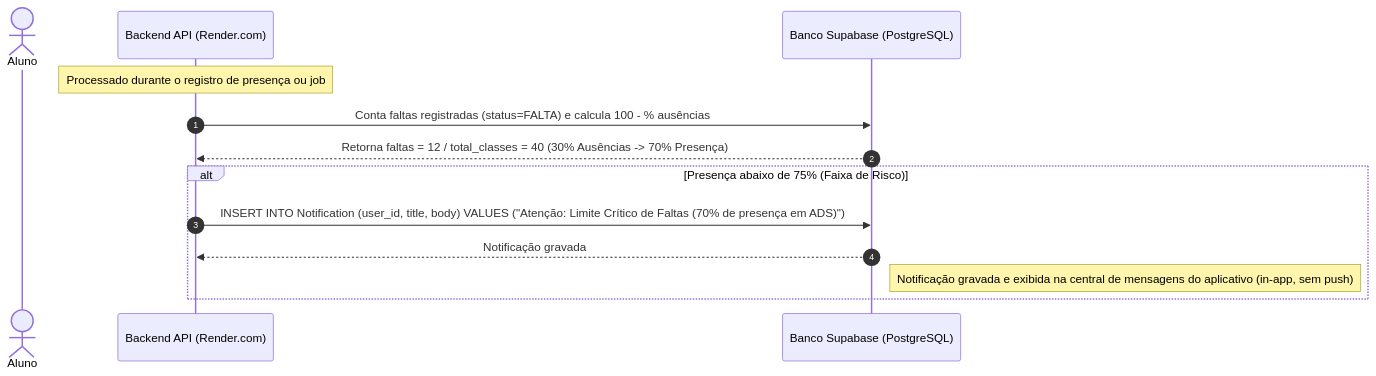
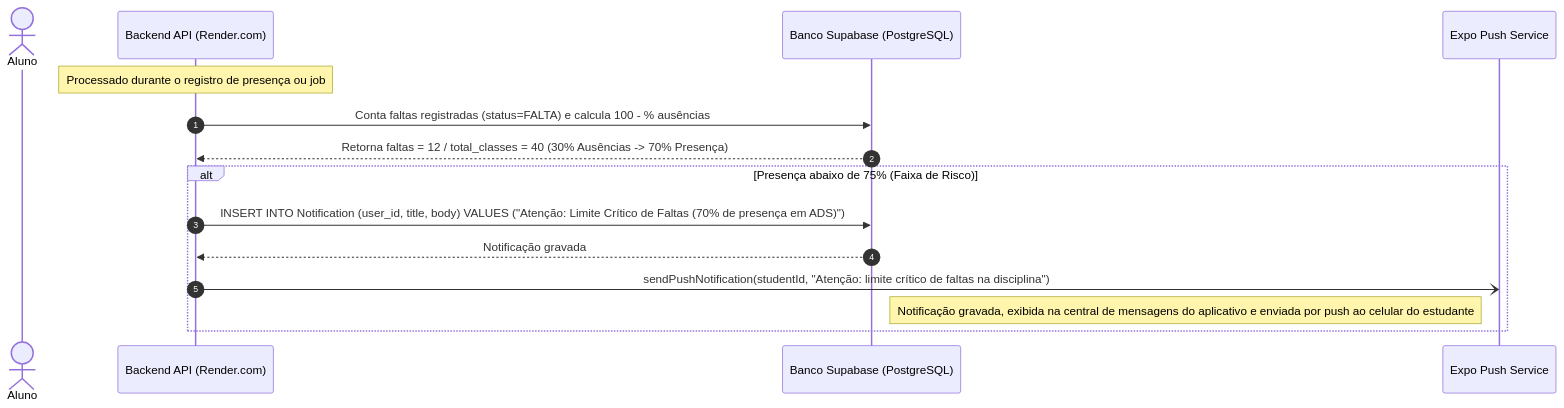
One commit to caneschi-lais/geoclass changed diagram 23 of 24 in documentacao/diagramas/fluxos.md. Above: the diagram before and after it, drawn with Mermaid. The commit also changed other lines of this file and 4 other files, not shown here.

````diff
--- a/documentacao/diagramas/fluxos.md
+++ b/documentacao/diagramas/fluxos.md
@@ -824,17 +829,19 @@
 ```mermaid
 sequenceDiagram
     autonumber
     actor Aluno
     participant API as Backend API (Render.com)
     participant DB as Banco Supabase (PostgreSQL)
+    participant Push as Expo Push Service
 
     note over API: Processado durante o registro de presença ou job
     API->>DB: Conta faltas registradas (status=FALTA) e calcula 100 - % ausências
     DB-->>API: Retorna faltas = 12 / total_classes = 40 (30% Ausências -> 70% Presença)
 
     alt Presença abaixo de 75% (Faixa de Risco)
         API->>DB: INSERT INTO Notification (user_id, title, body) VALUES ("Atenção: Limite Crítico de Faltas (70% de presença em ADS)")
         DB-->>API: Notificação gravada
-        note right of DB: Notificação gravada e exibida na central de mensagens do aplicativo (in-app, sem push)
+        API-)Push: sendPushNotification(studentId, "Atenção: limite crítico de faltas na disciplina")
+        note right of DB: Notificação gravada, exibida na central de mensagens do aplicativo e enviada por push ao celular do estudante
     end
 ```
````
